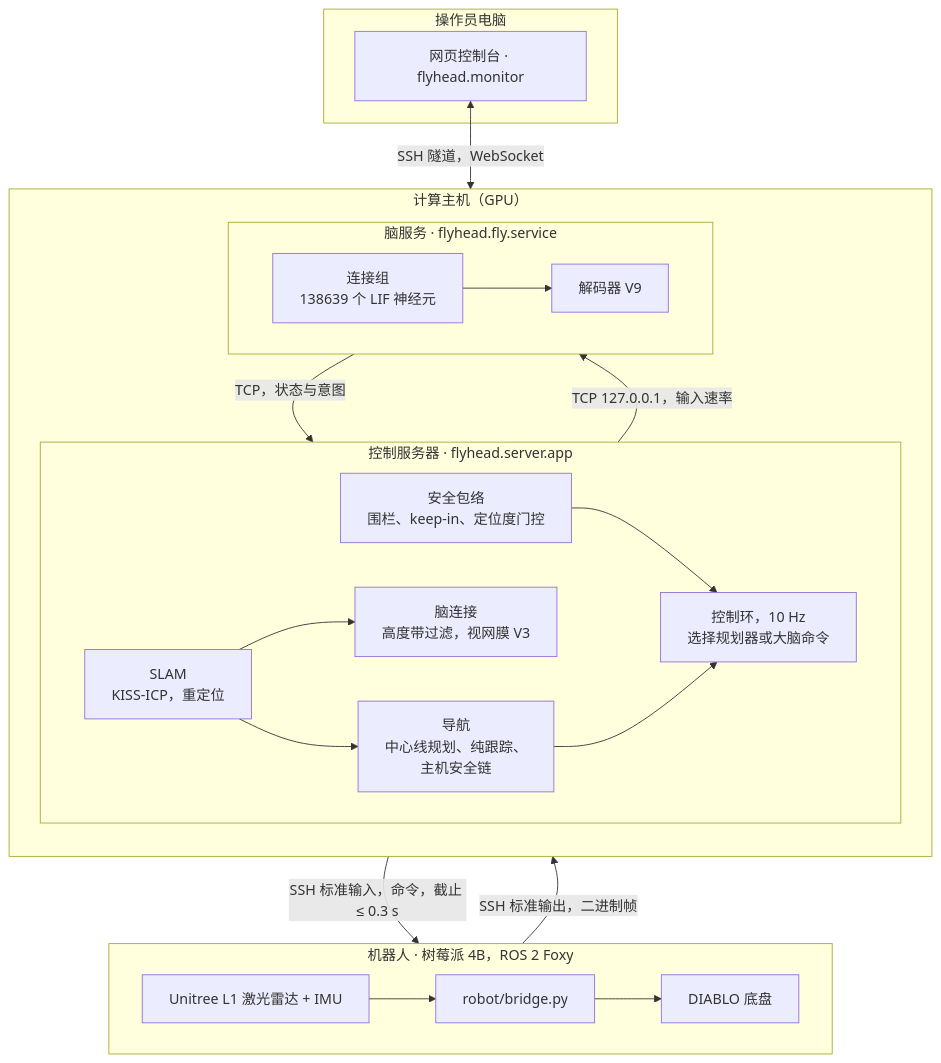
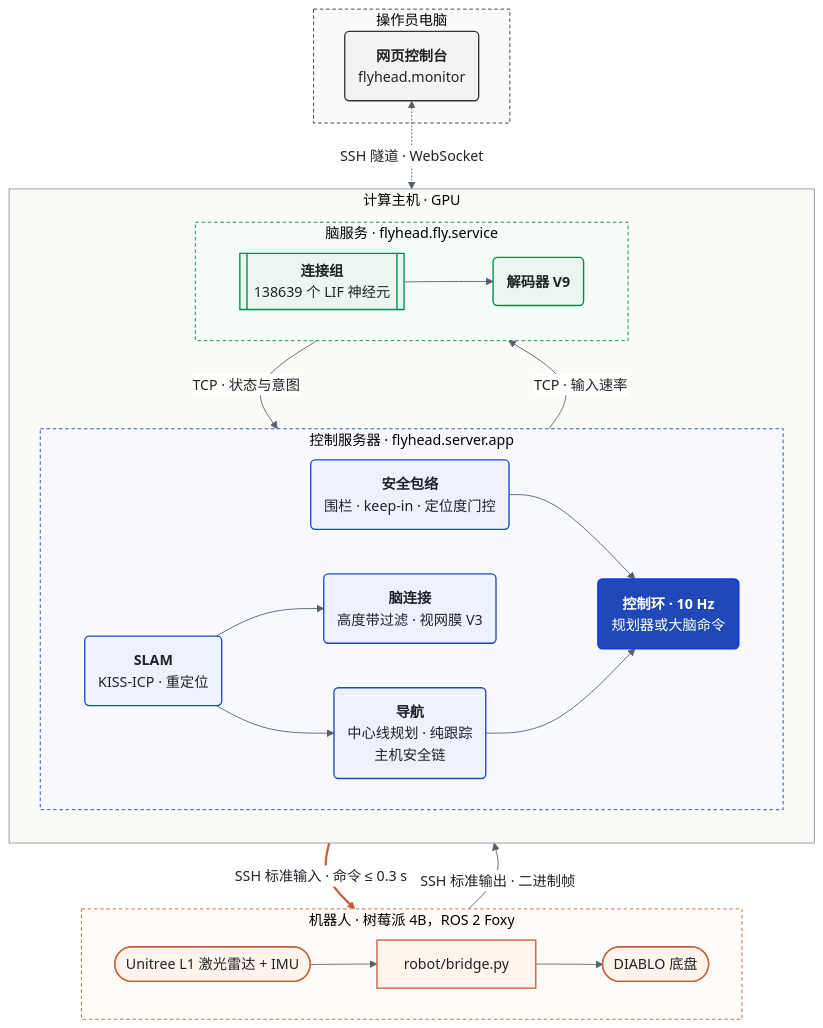
The first of 2 diagrams in README.zh-CN.md (12sqawdwq/FlyHead), drawn with Mermaid before and after one commit. The commit also changed other lines of this file and 1 other file, not shown here.

Commit message:
README: styled Mermaid diagrams
- deployment flowchart: tier colours (robot terracotta, control server cobalt, GPU brain green,
  operator PC charcoal), dashed tier frames, shapes by role (hardware, software, GPU compute),
  the control loop as the key node and the leased command path highlighted
- decision-window sequence: numbered steps, coloured participant groups and three shaded phases
  (perception and encoding, connectome on the GPU, gating and execution)
- the same in README.zh-CN.md; checked with Mermaid 11

````diff
--- a/README.zh-CN.md
+++ b/README.zh-CN.md
@@ -213,29 +213,47 @@
 ```mermaid
+%%{init: {'theme': 'base', 'themeVariables': {'primaryColor': '#EEF2FF', 'primaryBorderColor': '#2148B8', 'primaryTextColor': '#1F2328', 'lineColor': '#57606A', 'clusterBkg': '#FAFAF7', 'clusterBorder': '#D0D7DE', 'edgeLabelBackground': '#FFFFFF', 'actorBkg': '#FFFFFF', 'actorBorder': '#57606A', 'signalColor': '#57606A', 'signalTextColor': '#1F2328', 'noteBkgColor': '#FFF4EC', 'noteBorderColor': '#C65F38', 'sequenceNumberColor': '#FFFFFF'}}}%%
 flowchart TB
     subgraph BOT["机器人 · 树莓派 4B，ROS 2 Foxy"]
         direction LR
-        SENS["Unitree L1 激光雷达 + IMU"] --> BR["robot/bridge.py"] --> CH["DIABLO 底盘"]
+        SENS(["Unitree L1 激光雷达 + IMU"]) --> BR["robot/bridge.py"] --> CH(["DIABLO 底盘"])
     end
-    subgraph HOST["计算主机（GPU）"]
+    subgraph HOST["计算主机 · GPU"]
         direction TB
         subgraph SRV["控制服务器 · flyhead.server.app"]
             direction LR
-            SLAM["SLAM<br/>KISS-ICP，重定位"] --> NAV["导航<br/>中心线规划、纯跟踪、<br/>主机安全链"]
-            SLAM --> LINK["脑连接<br/>高度带过滤，视网膜 V3"]
-            ENV["安全包络<br/>围栏、keep-in、定位度门控"] --> CTRL["控制环，10 Hz<br/>选择规划器或大脑命令"]
+            SLAM("<b>SLAM</b><br/>KISS-ICP · 重定位") --> NAV("<b>导航</b><br/>中心线规划 · 纯跟踪<br/>主机安全链")
+            SLAM --> LINK("<b>脑连接</b><br/>高度带过滤 · 视网膜 V3")
+            ENV("<b>安全包络</b><br/>围栏 · keep-in · 定位度门控") --> CTRL("<b>控制环 · 10 Hz</b><br/>规划器或大脑命令")
             NAV --> CTRL
         end
         subgraph SVC["脑服务 · flyhead.fly.service"]
             direction LR
-            CON["连接组<br/>138639 个 LIF 神经元"] --> DEC["解码器 V9"]
+            CON[["<b>连接组</b><br/>138639 个 LIF 神经元"]] --> DEC("<b>解码器 V9</b>")
         end
     end
     subgraph PC["操作员电脑"]
-        UI["网页控制台 · flyhead.monitor"]
+        UI("<b>网页控制台</b><br/>flyhead.monitor")
     end
-    BR -->|"SSH 标准输出，二进制帧"| SLAM
-    LINK -->|"TCP 127.0.0.1，输入速率"| CON
-    DEC -->|"TCP，状态与意图"| ENV
-    CTRL -->|"SSH 标准输入，命令，截止 ≤ 0.3 s"| BR
-    UI <-->|"SSH 隧道，WebSocket"| CTRL
+    BR -->|"SSH 标准输出 · 二进制帧"| SLAM
+    LINK -->|"TCP · 输入速率"| CON
+    DEC -->|"TCP · 状态与意图"| ENV
+    CTRL ==>|"SSH 标准输入 · 命令 ≤ 0.3 s"| BR
+    UI <-.->|"SSH 隧道 · WebSocket"| CTRL
+
+    classDef robot fill:#FFF4EC,stroke:#C65F38,stroke-width:1.5px,color:#1F2328
+    classDef server fill:#EEF2FF,stroke:#2148B8,stroke-width:1.5px,color:#1F2328
+    classDef brain fill:#EAF6EF,stroke:#008A4B,stroke-width:1.5px,color:#1F2328
+    classDef pc fill:#F3F3F1,stroke:#30343A,stroke-width:1.5px,color:#1F2328
+    classDef key fill:#2148B8,stroke:#173AE3,stroke-width:2px,color:#FFFFFF
+    class SENS,BR,CH robot
+    class SLAM,NAV,LINK,ENV server
+    class CTRL key
+    class CON,DEC brain
+    class UI pc
+    style BOT fill:#FFFBF7,stroke:#C65F38,stroke-dasharray:4 3
+    style HOST fill:#FAFAF7,stroke:#8C959F
+    style SRV fill:#F7F9FF,stroke:#2148B8,stroke-dasharray:4 3
+    style SVC fill:#F5FBF7,stroke:#008A4B,stroke-dasharray:4 3
+    style PC fill:#FAFAF9,stroke:#30343A,stroke-dasharray:4 3
+    linkStyle 10 stroke:#C65F38,stroke-width:2.5px
 ```
````
